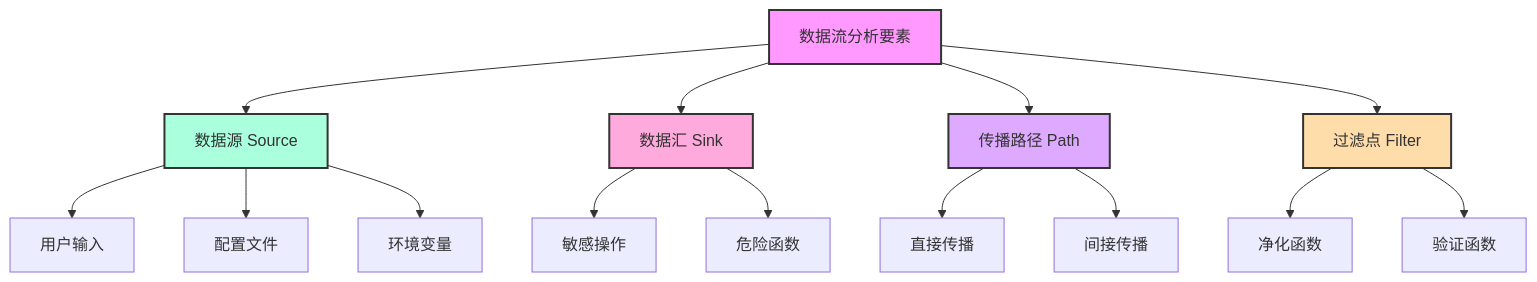
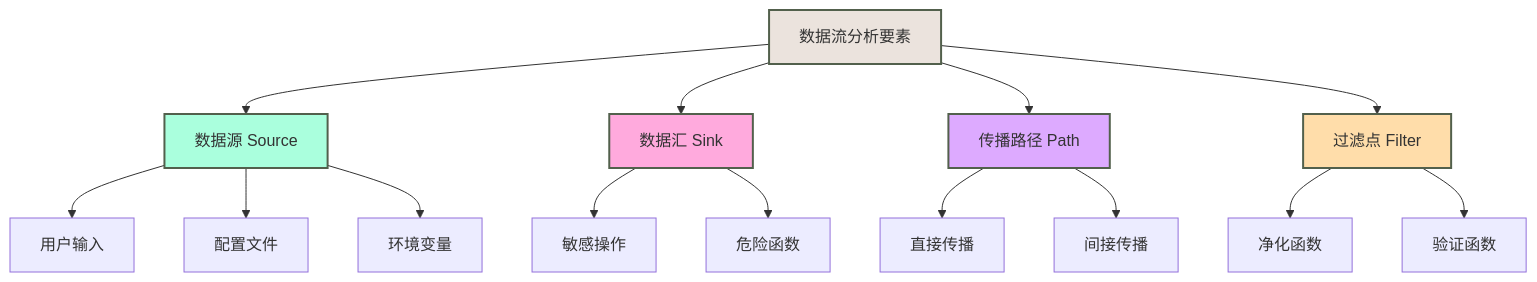
One commit to yaklang/ssa.to changed the first of 5 diagrams in syntaxflow-guide/advanced/advanced-analyzing-dataflow.mdx. Above: the diagram before and after it, drawn with Mermaid. The commit also changed other lines of this file and 91 other files, not shown here.

````diff
--- a/syntaxflow-guide/advanced/advanced-analyzing-dataflow.mdx
+++ b/syntaxflow-guide/advanced/advanced-analyzing-dataflow.mdx
@@ -31,26 +38,26 @@
 ```mermaid
 graph TD
     A["数据流分析要素"] --> B["数据源 Source"]
     A --> C["数据汇 Sink"]
     A --> D["传播路径 Path"]
     A --> E["过滤点 Filter"]
     
     B --> F["用户输入"]
     B --> G["配置文件"]
     B --> H["环境变量"]
     
     C --> I["敏感操作"]
     C --> J["危险函数"]
     
     D --> K["直接传播"]
     D --> L["间接传播"]
     
     E --> M["净化函数"]
     E --> N["验证函数"]
     
-    style A fill:#f9f,stroke:#333,stroke-width:2px
-    style B fill:#afd,stroke:#333,stroke-width:2px
-    style C fill:#fad,stroke:#333,stroke-width:2px
-    style D fill:#daf,stroke:#333,stroke-width:2px
-    style E fill:#fda,stroke:#333,stroke-width:2px
+    style A fill:#ebe3dd,stroke:#52604c,stroke-width:2px
+    style B fill:#afd,stroke:#52604c,stroke-width:2px
+    style C fill:#fad,stroke:#52604c,stroke-width:2px
+    style D fill:#daf,stroke:#52604c,stroke-width:2px
+    style E fill:#fda,stroke:#52604c,stroke-width:2px
 ```
````
